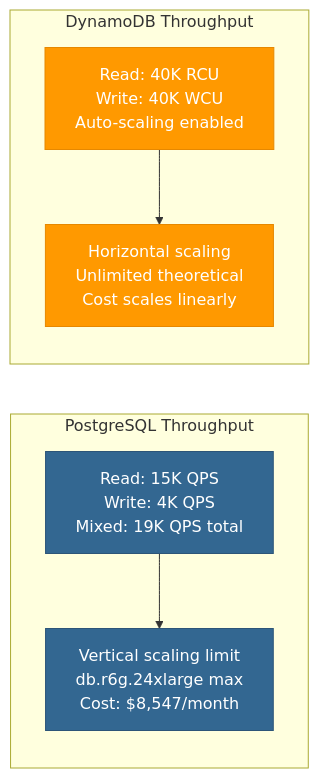
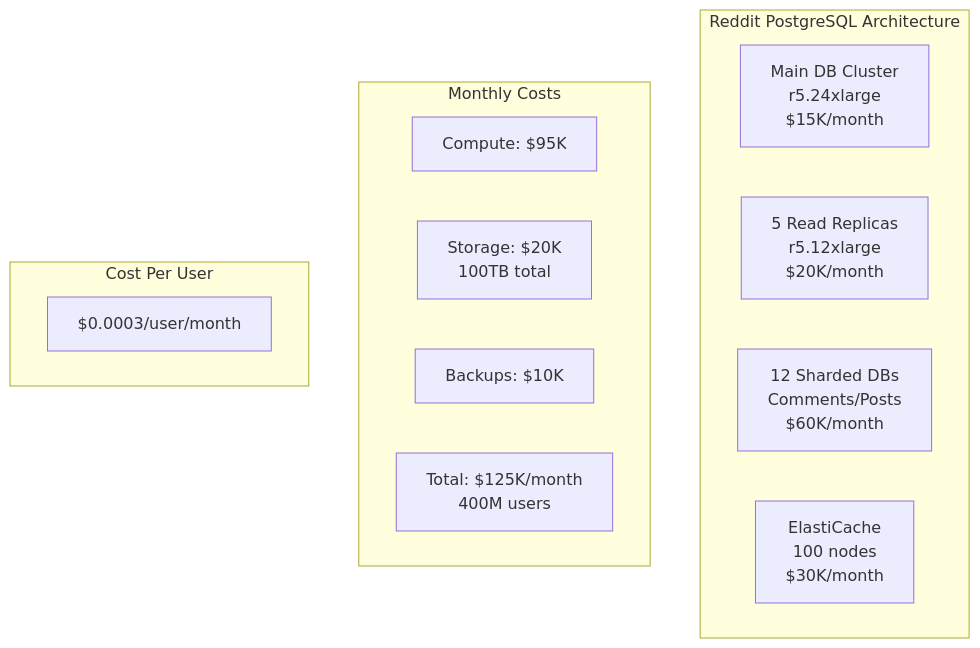
Before and after one commit to deepaucksharma/DS: the third of 9 diagrams in site/docs/comparisons/postgresql-vs-dynamodb.md, drawn with Mermaid. The commit also changed other lines of this file and 5 other files, not shown here.

````diff
--- a/site/docs/comparisons/postgresql-vs-dynamodb.md
+++ b/site/docs/comparisons/postgresql-vs-dynamodb.md
@@ -153,21 +85,20 @@
 ```mermaid
-graph LR
-    subgraph PostgreSQLThroughput[PostgreSQL Throughput]
-        PG_READ[Read: 15K QPS<br/>Write: 4K QPS<br/>Mixed: 19K QPS total]
-        PG_SCALING[Vertical scaling limit<br/>db.r6g.24xlarge max<br/>Cost: $8,547/month]
+graph TB
+    subgraph Reddit_Arch[Reddit PostgreSQL Architecture]
+        MAIN[Main DB Cluster<br/>r5.24xlarge<br/>$15K/month]
+        READ1[5 Read Replicas<br/>r5.12xlarge<br/>$20K/month]
+        SHARDS[12 Sharded DBs<br/>Comments/Posts<br/>$60K/month]
+        CACHE[ElastiCache<br/>100 nodes<br/>$30K/month]
     end
 
-    subgraph DynamoDBThroughput[DynamoDB Throughput]
-        DDB_READ[Read: 40K RCU<br/>Write: 40K WCU<br/>Auto-scaling enabled]
-        DDB_SCALING[Horizontal scaling<br/>Unlimited theoretical<br/>Cost scales linearly]
+    subgraph Costs[Monthly Costs]
+        COMPUTE[Compute: $95K]
+        STORAGE[Storage: $20K<br/>100TB total]
+        BACKUP[Backups: $10K]
+        TOTAL[Total: $125K/month<br/>400M users]
     end
 
-    PG_READ --> PG_SCALING
-    DDB_READ --> DDB_SCALING
-
-    classDef pgStyle fill:#336791,stroke:#2d5578,color:#fff
-    classDef ddbStyle fill:#FF9900,stroke:#e68800,color:#fff
-
-    class PG_READ,PG_SCALING pgStyle
-    class DDB_READ,DDB_SCALING ddbStyle
+    subgraph PerUser[Cost Per User]
+        COST_USER[$0.0003/user/month]
+    end
 ```
````
